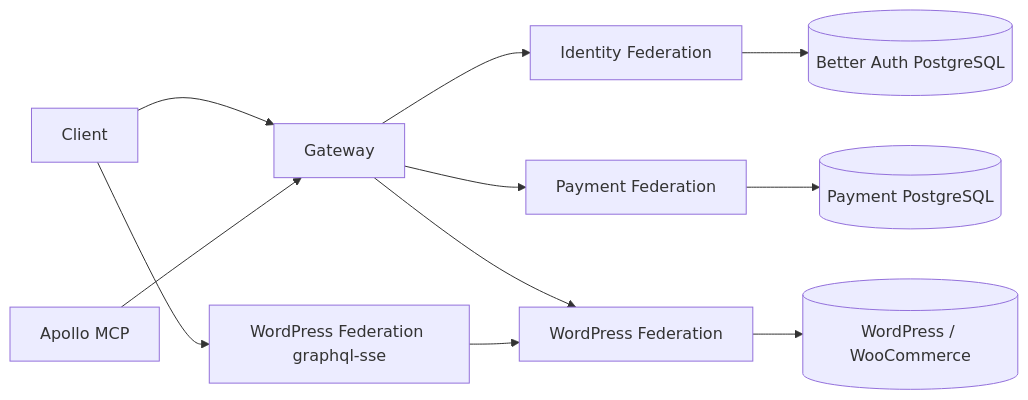
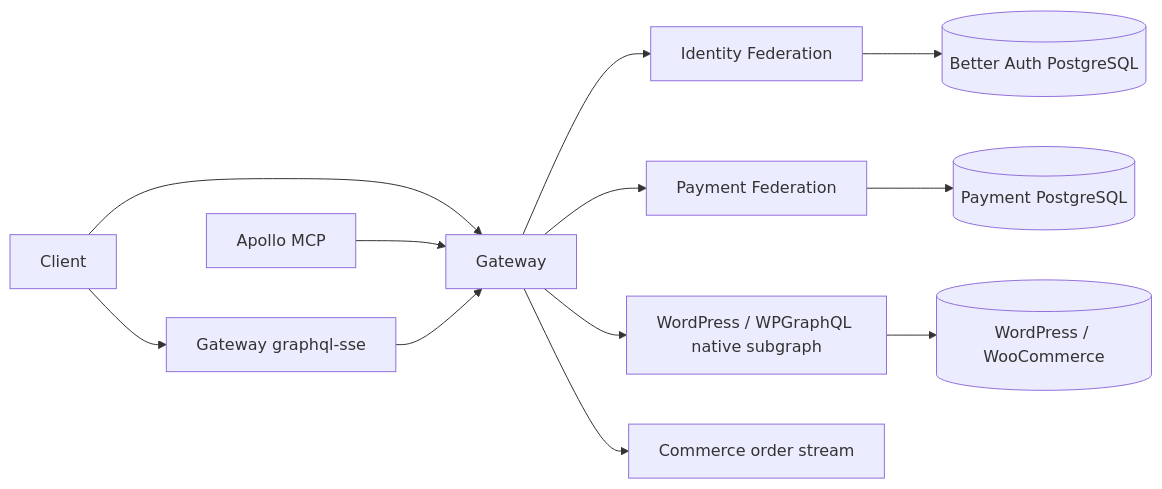
The diagram in docs/prds/01-arquitetura-e-dominio.md (kaio-fabiano/desafio-dev-backend-senior), drawn with Mermaid before and after one commit. The commit also changed other lines of this file and 8 other files, not shown here.

First line of the commit message:
docs(architecture): document the native WordPress subgraph

````diff
--- a/docs/prds/01-arquitetura-e-dominio.md
+++ b/docs/prds/01-arquitetura-e-dominio.md
@@ -90,13 +88,14 @@
 ```mermaid
 flowchart LR
   Client --> Gateway
   MCP[Apollo MCP] --> Gateway
   Gateway --> Identity[Identity Federation]
   Gateway --> Payment[Payment Federation]
-  Gateway --> WordPress[WordPress Federation]
+  Gateway --> WordPress[WordPress / WPGraphQL native subgraph]
   Identity --> BetterAuth[(Better Auth PostgreSQL)]
   Payment --> PaymentDB[(Payment PostgreSQL)]
   WordPress --> Woo[(WordPress / WooCommerce)]
-  Client --> SSE[WordPress Federation graphql-sse]
-  SSE --> WordPress
+  Client --> SSE[Gateway graphql-sse]
+  SSE --> Gateway
+  Gateway --> Commerce[Commerce order stream]
 ```
````
